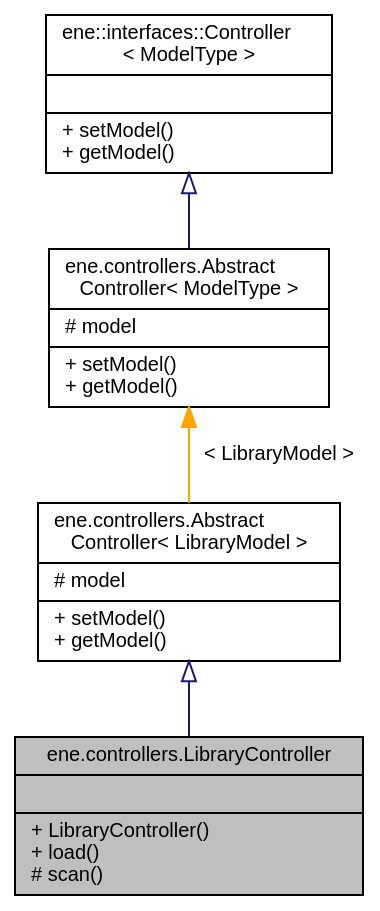
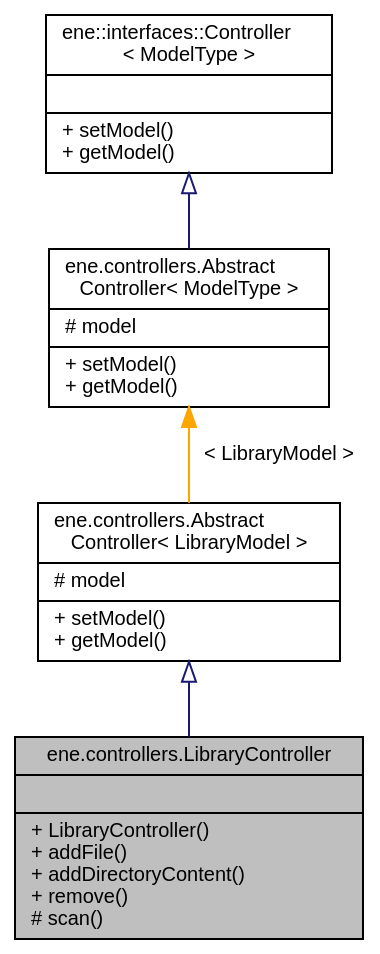
The diagram in docs/classene_1_1controllers_1_1LibraryController__inherit__graph.dot (vivi90/ene), drawn with Graphviz before and after one commit. The commit also changed 205 other files, not shown here.

```diff
--- a/docs/classene_1_1controllers_1_1LibraryController__inherit__graph.dot
+++ b/docs/classene_1_1controllers_1_1LibraryController__inherit__graph.dot
@@ -1,13 +1,13 @@
 digraph "ene.controllers.LibraryController"
 {
   bgcolor="transparent";
   edge [fontname="Helvetica",fontsize="10",labelfontname="Helvetica",labelfontsize="10"];
   node [fontname="Helvetica",fontsize="10",shape=record];
-  Node0 [label="{ene.controllers.LibraryController\n||+ LibraryController()\l+ load()\l# scan()\l}",height=0.2,width=0.4,color="black", fillcolor="grey75", style="filled", fontcolor="black"];
+  Node0 [label="{ene.controllers.LibraryController\n||+ LibraryController()\l+ addFile()\l+ addDirectoryContent()\l+ remove()\l# scan()\l}",height=0.2,width=0.4,color="black", fillcolor="grey75", style="filled", fontcolor="black"];
   Node1 -> Node0 [dir="back",color="midnightblue",fontsize="10",style="solid",arrowtail="onormal",fontname="Helvetica"];
   Node1 [label="{ene.controllers.Abstract\lController\< LibraryModel \>\n|# model\l|+ setModel()\l+ getModel()\l}",height=0.2,width=0.4,color="black",URL="$classene_1_1controllers_1_1AbstractController.html"];
   Node2 -> Node1 [dir="back",color="orange",fontsize="10",style="solid",label=" \< LibraryModel \>" ,fontname="Helvetica"];
   Node2 [label="{ene.controllers.Abstract\lController\< ModelType \>\n|# model\l|+ setModel()\l+ getModel()\l}",height=0.2,width=0.4,color="black",URL="$classene_1_1controllers_1_1AbstractController.html"];
   Node3 -> Node2 [dir="back",color="midnightblue",fontsize="10",style="solid",arrowtail="onormal",fontname="Helvetica"];
   Node3 [label="{ene::interfaces::Controller\l\< ModelType \>\n||+ setModel()\l+ getModel()\l}",height=0.2,width=0.4,color="black",URL="$interfaceene_1_1interfaces_1_1Controller.html"];
 }
```
